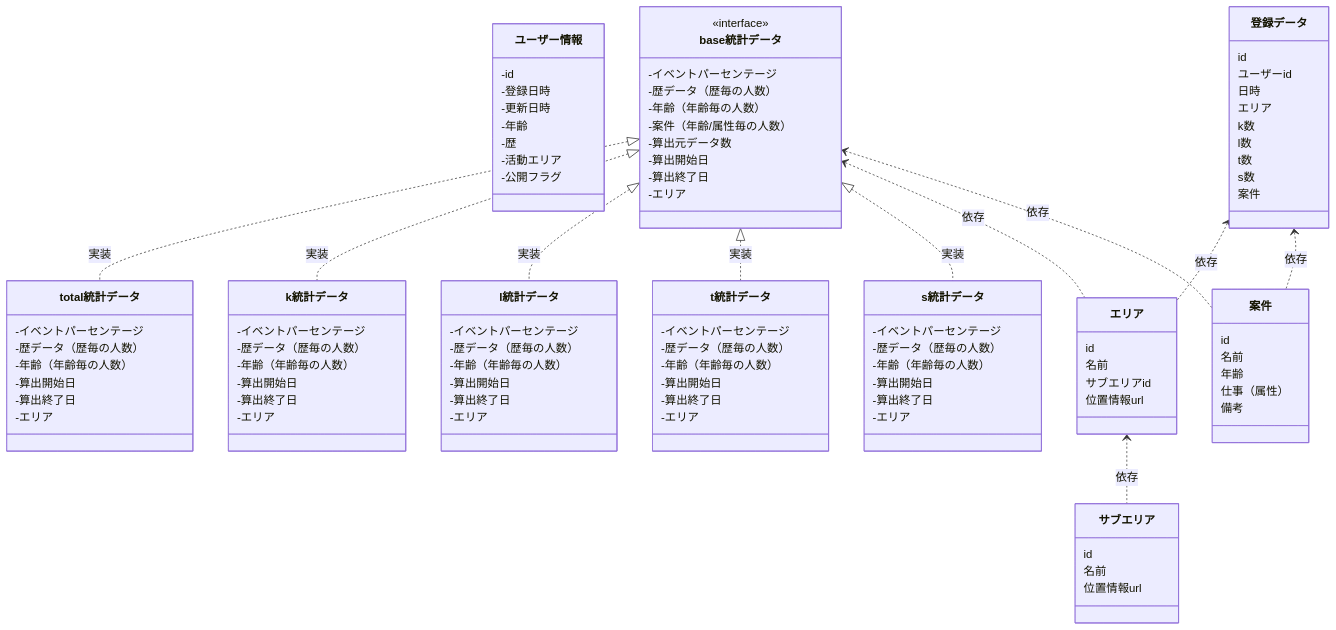
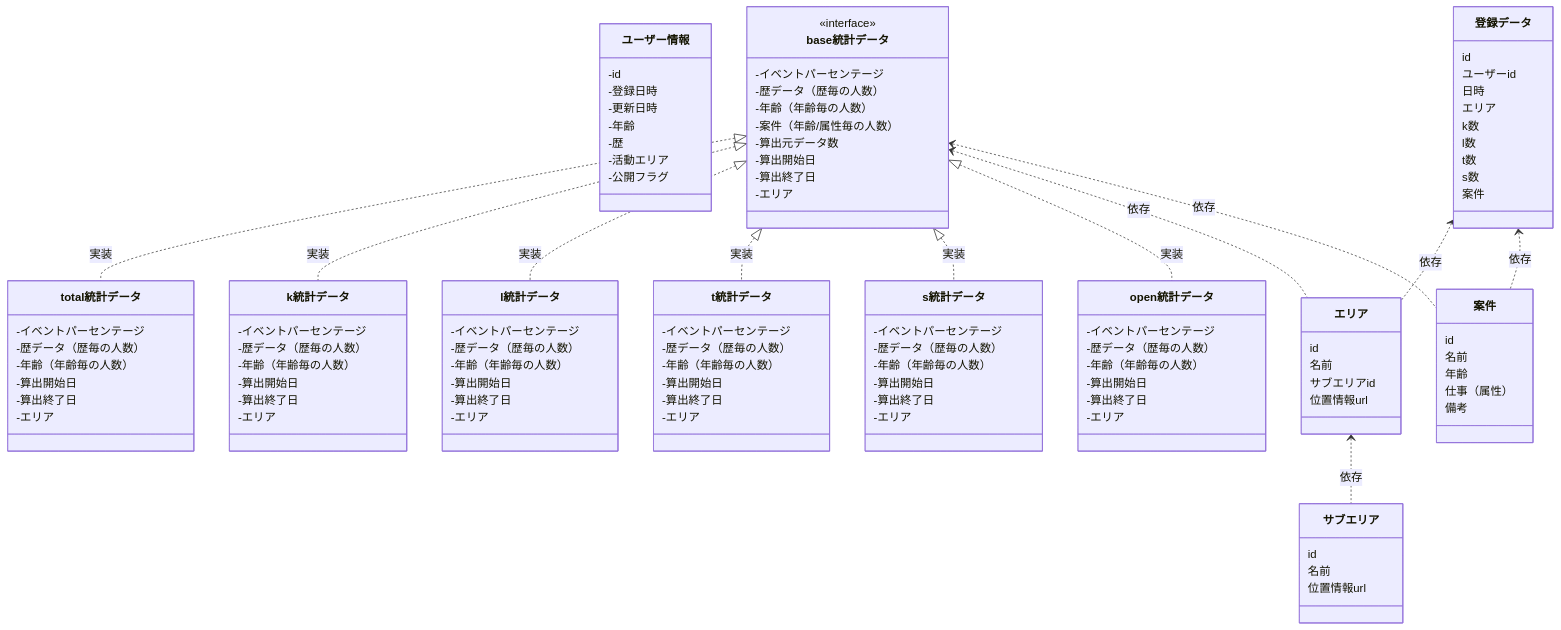
The diagram in doc/class.md (mountain-mouth/PickupAnalytics), drawn with Mermaid before and after one commit. The commit also changed 1 other file, not shown here.

Commit message:
dev/図更新

```diff
--- a/doc/class.md
+++ b/doc/class.md
@@ -27,6 +27,7 @@
     base統計データ <|.. l統計データ : 実装
     base統計データ <|.. t統計データ : 実装
     base統計データ <|.. s統計データ : 実装
+    base統計データ <|.. open統計データ : 実装
 
     class total統計データ {
         -イベントパーセンテージ
@@ -37,6 +38,14 @@
         -エリア
     }
     class k統計データ {
+        -イベントパーセンテージ
+        -歴データ（歴毎の人数）
+        -年齢（年齢毎の人数）
+        -算出開始日
+        -算出終了日
+        -エリア
+    }
+    class open統計データ {
         -イベントパーセンテージ
         -歴データ（歴毎の人数）
         -年齢（年齢毎の人数）
```
